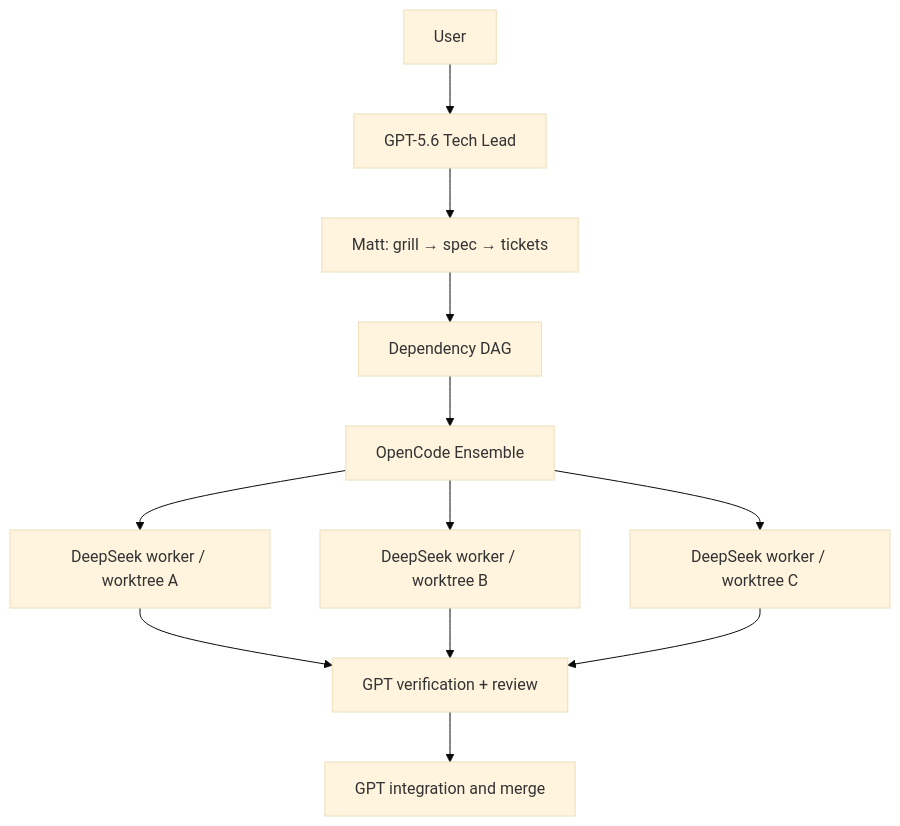
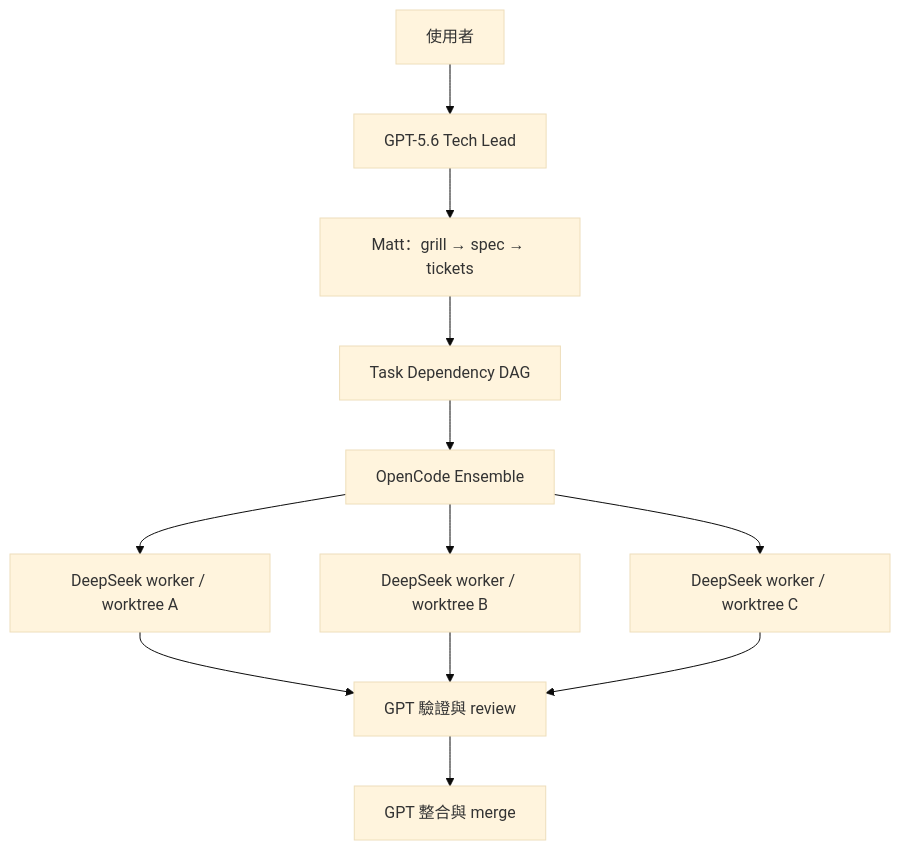
One commit to hh123456tw/ai-dev-workflow-kit changed the second of 2 diagrams in README.md. Above: the diagram before and after it, drawn with Mermaid (base theme). The commit also changed other lines of this file and 1 other file, not shown here.

Commit message:
docs: add Chinese workflow diagrams

````diff
--- a/README.md
+++ b/README.md
@@ -25,14 +34,14 @@
 ```mermaid
 flowchart TD
-  U[User] --> L[GPT-5.6 Tech Lead]
-  L --> M[Matt: grill → spec → tickets]
-  M --> D[Dependency DAG]
+  U[使用者] --> L[GPT-5.6 Tech Lead]
+  L --> M[Matt：grill → spec → tickets]
+  M --> D[Task Dependency DAG]
   D --> E[OpenCode Ensemble]
   E --> W1[DeepSeek worker / worktree A]
   E --> W2[DeepSeek worker / worktree B]
   E --> W3[DeepSeek worker / worktree C]
-  W1 --> V[GPT verification + review]
+  W1 --> V[GPT 驗證與 review]
   W2 --> V
   W3 --> V
-  V --> I[GPT integration and merge]
+  V --> I[GPT 整合與 merge]
 ```
````
